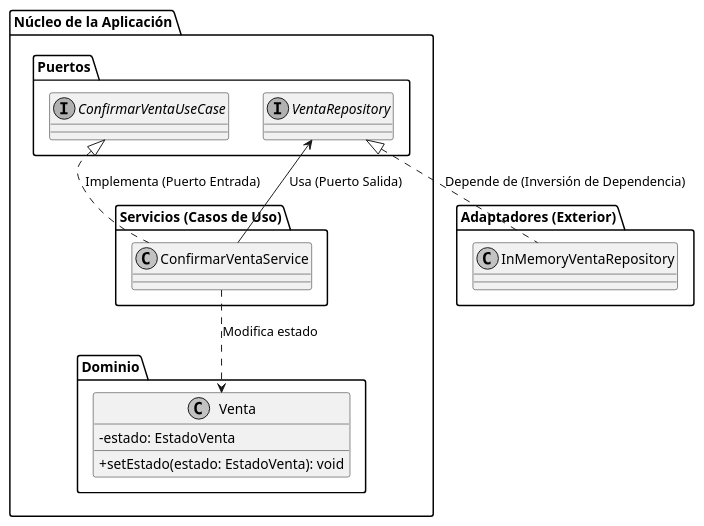
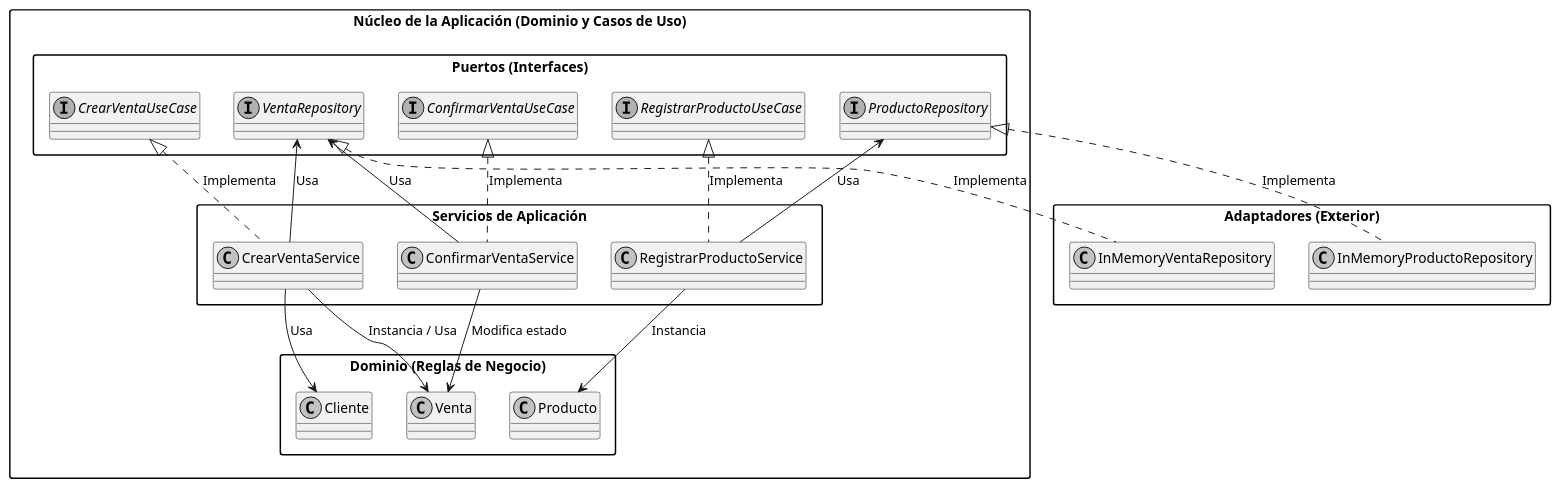
The diagram in diagrama_venta.puml (maurihm/flujo-colaborativo-ventas), drawn with PlantUML before and after one commit.

Commit message:
chore: actualizar diagrama_venta.puml con todos los casos de uso

```diff
--- a/diagrama_venta.puml
+++ b/diagrama_venta.puml
@@ -1,35 +1,54 @@
 @startuml diagrama_venta
 
 skinparam classAttributeIconSize 0
 skinparam monochrome true
 skinparam shadowing false
+skinparam packageStyle rectangle
 
 package "Adaptadores (Exterior)" {
     class InMemoryVentaRepository
+    class InMemoryProductoRepository
 }
 
-package "Núcleo de la Aplicación" {
-    package "Puertos" {
+package "Núcleo de la Aplicación (Dominio y Casos de Uso)" {
+    package "Puertos (Interfaces)" {
+        interface CrearVentaUseCase
+        interface RegistrarProductoUseCase
         interface ConfirmarVentaUseCase
         interface VentaRepository
+        interface ProductoRepository
     }
 
-    package "Servicios (Casos de Uso)" {
+    package "Servicios de Aplicación" {
+        class CrearVentaService
+        class RegistrarProductoService
         class ConfirmarVentaService
     }
 
-    package "Dominio" {
-        class Venta {
-            -estado: EstadoVenta
-            +setEstado(estado: EstadoVenta): void
-        }
+    package "Dominio (Reglas de Negocio)" {
+        class Venta
+        class Producto
+        class Cliente
     }
 }
 
-' Relaciones de Arquitectura Hexagonal
-ConfirmarVentaUseCase <|.. ConfirmarVentaService : "Implementa (Puerto Entrada)"
-ConfirmarVentaService ..> Venta : "Modifica estado"
-ConfirmarVentaService --> VentaRepository : "Usa (Puerto Salida)"
-VentaRepository <|.. InMemoryVentaRepository : "Depende de (Inversión de Dependencia)"
+' Relaciones de los Adaptadores (Inversión de Dependencias apuntando hacia adentro)
+VentaRepository <|.. InMemoryVentaRepository : Implementa
+ProductoRepository <|.. InMemoryProductoRepository : Implementa
+
+' Relaciones de la Capa de Aplicación
+CrearVentaUseCase <|.. CrearVentaService : Implementa
+RegistrarProductoUseCase <|.. RegistrarProductoService : Implementa
+ConfirmarVentaUseCase <|.. ConfirmarVentaService : Implementa
+
+CrearVentaService --> VentaRepository : Usa
+RegistrarProductoService --> ProductoRepository : Usa
+ConfirmarVentaService --> VentaRepository : Usa
+
+' Relaciones hacia el Dominio
+CrearVentaService --> Venta : Instancia / Usa
+CrearVentaService --> Cliente : Usa
+RegistrarProductoService --> Producto : Instancia
+ConfirmarVentaService --> Venta : Modifica estado
 
 @enduml
```
